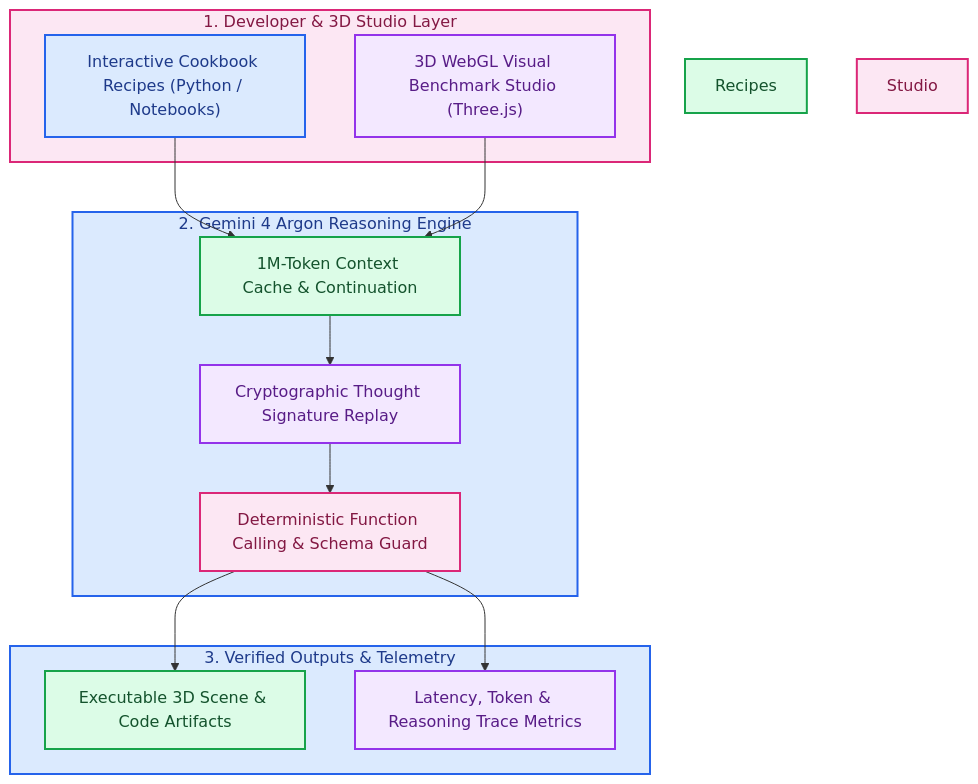
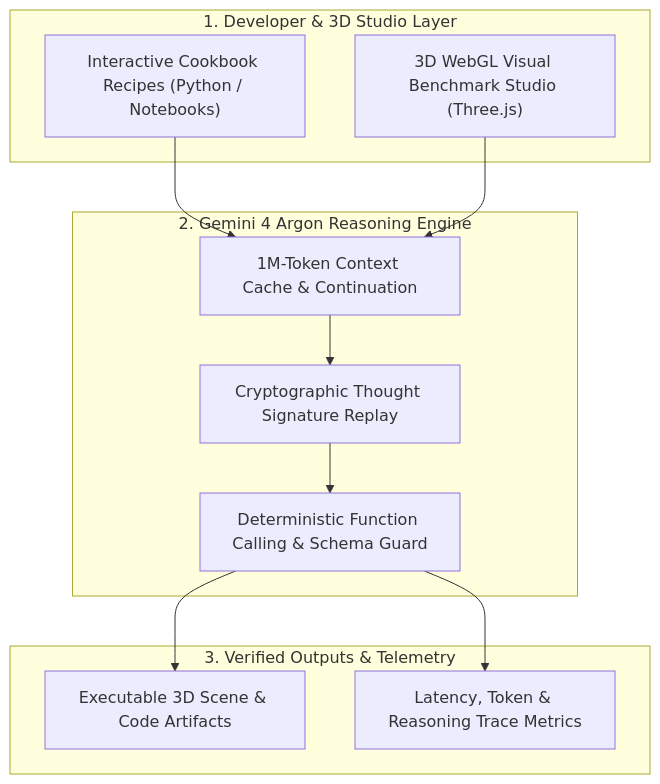
One commit to RobinaMirbahar/gemini-4-argon-cookbook changed the diagram in README.md. Above: the diagram before and after it, drawn with Mermaid.

Commit message:
docs: revert Mermaid color overrides for crisp native GitHub rendering and consolidate header

````diff
--- a/README.md
+++ b/README.md
@@ -29,33 +29,21 @@
 ```mermaid
 flowchart TD
     subgraph Client ["1. Developer & 3D Studio Layer"]
         C_NB["Interactive Cookbook Recipes (Python / Notebooks)"]
         C_3D["3D WebGL Visual Benchmark Studio (Three.js)"]
     end
     subgraph Core ["2. Gemini 4 Argon Reasoning Engine"]
         G_Ctx["1M-Token Context Cache & Continuation"]
         G_Sig["Cryptographic Thought Signature Replay"]
         G_Tools["Deterministic Function Calling & Schema Guard"]
     end
     subgraph Out ["3. Verified Outputs & Telemetry"]
         O_Code["Executable 3D Scene & Code Artifacts"]
         O_Eval["Latency, Token & Reasoning Trace Metrics"]
     end
     C_NB --> G_Ctx
     C_3D --> G_Ctx
     G_Ctx --> G_Sig --> G_Tools
     G_Tools --> O_Code
     G_Tools --> O_Eval
-    style Client fill:#fce7f3,stroke:#db2777,stroke-width:2px,color:#831843
-    style C_NB fill:#dbeafe,stroke:#2563eb,stroke-width:2px,color:#1e3a8a
-    style Recipes fill:#dcfce7,stroke:#16a34a,stroke-width:2px,color:#14532d
-    style C_3D fill:#f3e8ff,stroke:#9333ea,stroke-width:2px,color:#581c87
-    style Studio fill:#fce7f3,stroke:#db2777,stroke-width:2px,color:#831843
-    style Core fill:#dbeafe,stroke:#2563eb,stroke-width:2px,color:#1e3a8a
-    style G_Ctx fill:#dcfce7,stroke:#16a34a,stroke-width:2px,color:#14532d
-    style G_Sig fill:#f3e8ff,stroke:#9333ea,stroke-width:2px,color:#581c87
-    style G_Tools fill:#fce7f3,stroke:#db2777,stroke-width:2px,color:#831843
-    style Out fill:#dbeafe,stroke:#2563eb,stroke-width:2px,color:#1e3a8a
-    style O_Code fill:#dcfce7,stroke:#16a34a,stroke-width:2px,color:#14532d
-    style O_Eval fill:#f3e8ff,stroke:#9333ea,stroke-width:2px,color:#581c87
 ```
````
